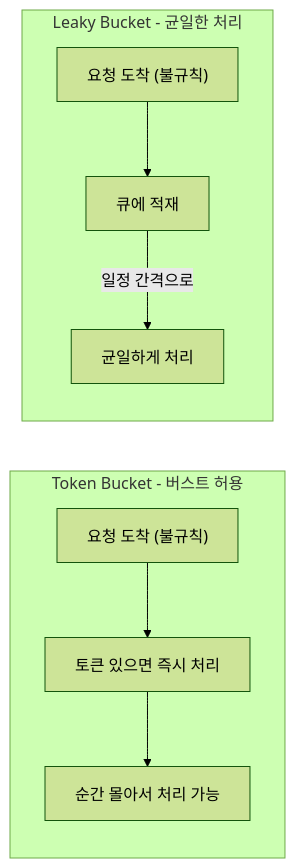
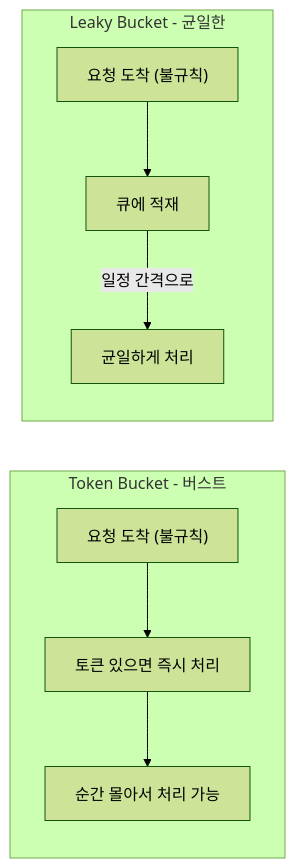
The eighth of 13 diagrams in _posts/spring/2026-05-01-rate-limiting.md (yjkim2015/yjkim2015.github.io), drawn with Mermaid (forest theme) before and after one commit. The commit also changed other lines of this file and 271 other files, not shown here.

First line of the commit message:
Mermaid 라벨 축소: 긴 노드 텍스트 18자 이하로 트림 + \n 제거

````diff
--- a/_posts/spring/2026-05-01-rate-limiting.md
+++ b/_posts/spring/2026-05-01-rate-limiting.md
@@ -212,11 +212,11 @@
 ```mermaid
 graph LR
-    subgraph TB["Token Bucket - 버스트 허용"]
+    subgraph TB["Token Bucket - 버스트"]
         TB1["요청 도착 (불규칙)"] --> TB2["토큰 있으면 즉시 처리"]
         TB2 --> TB3["순간 몰아서 처리 가능"]
     end
-    subgraph LB["Leaky Bucket - 균일한 처리"]
+    subgraph LB["Leaky Bucket - 균일한"]
         LB1["요청 도착 (불규칙)"] --> LB2["큐에 적재"]
         LB2 -->|"일정 간격으로"| LB3["균일하게 처리"]
     end
 ```
````
